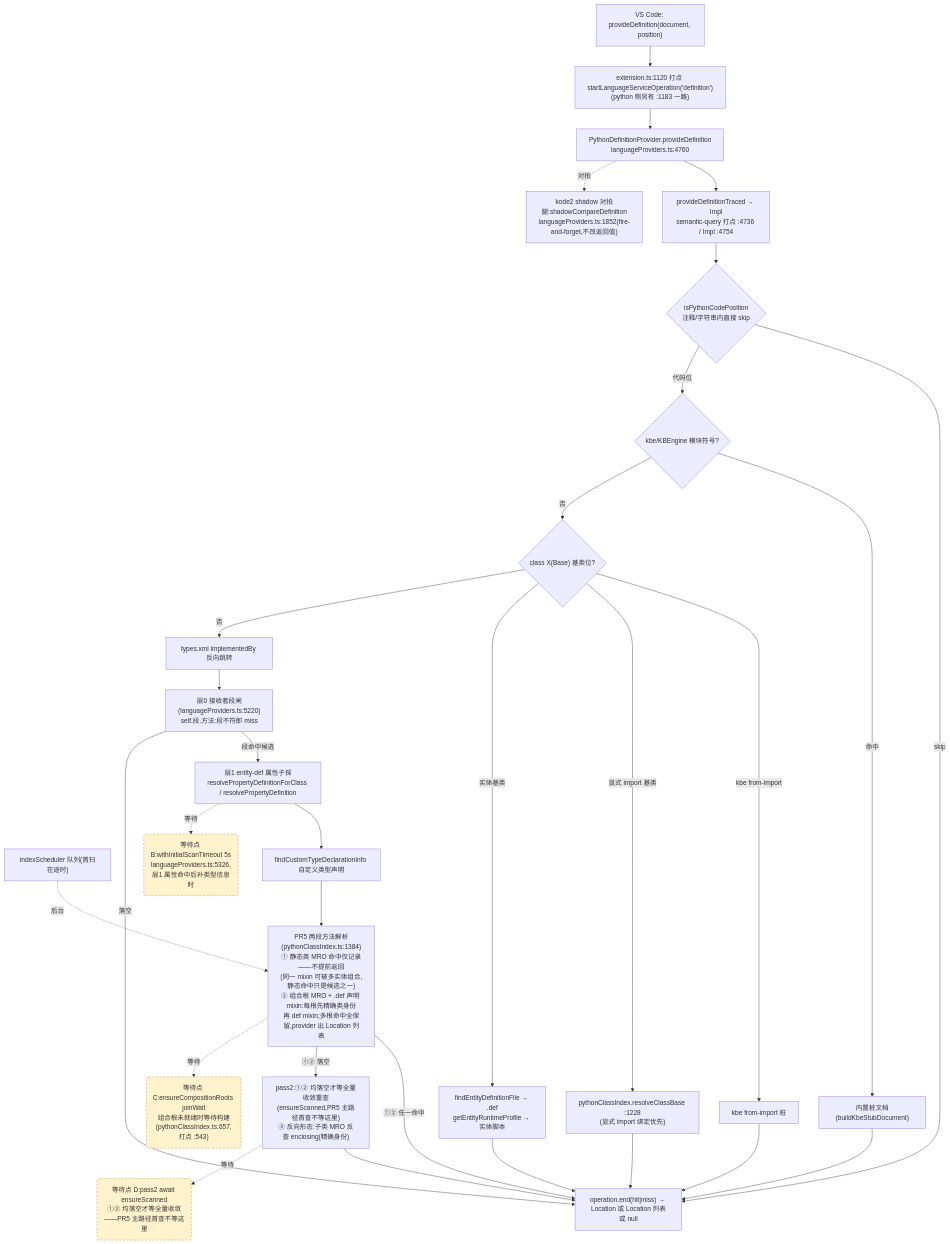
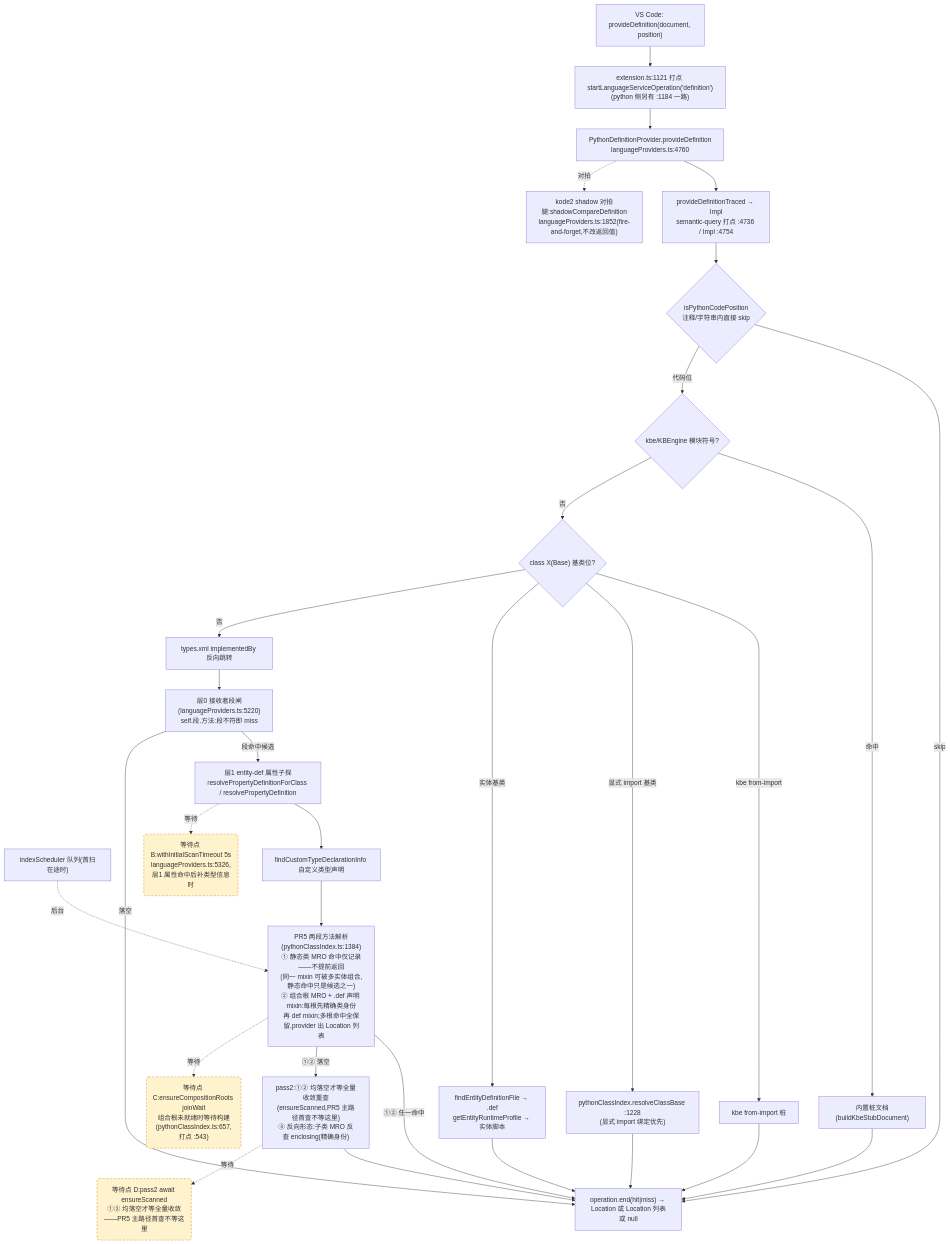
The second of 4 diagrams in docs/perf/2026-baseline.md (cuihairu/kode), drawn with Mermaid before and after one commit. The commit also changed other lines of this file and 2 other files, not shown here.

Commit message:
docs(live): commands.md section for exception source jump; reconcile perf baseline and call-chain anchors after extension.ts import shift (IDE-LIV-007)

````diff
--- a/docs/perf/2026-baseline.md
+++ b/docs/perf/2026-baseline.md
@@ -130,51 +130,51 @@
 ```mermaid
 flowchart TD
   VC2["VS Code: provideDefinition(document, position)"]
-  M2["extension.ts:1120 打点 startLanguageServiceOperation('definition')<br/>(python 侧另有 :1183 一路)"]
+  M2["extension.ts:1121 打点 startLanguageServiceOperation('definition')<br/>(python 侧另有 :1184 一路)"]
   AD2["PythonDefinitionProvider.provideDefinition<br/>languageProviders.ts:4760"]
   TR["provideDefinitionTraced → Impl<br/>semantic-query 打点 :4736 / Impl :4754"]
   CTX{"isPythonCodePosition<br/>注释/字符串内直接 skip"}
   KBE{"kbe/KBEngine 模块符号?"}
   STUB["内置桩文档(buildKbeStubDocument)"]
   CB{"class X(Base) 基类位?"}
   CB1["kbe from-import 桩"]
   CB2["pythonClassIndex.resolveClassBase :1228<br/>(显式 import 绑定优先)"]
   CB3["findEntityDefinitionFile → .def<br/>getEntityRuntimeProfile → 实体脚本"]
   REV["types.xml implementedBy 反向跳转"]
   L0["层0 接收者段闸(languageProviders.ts:5220)<br/>self.段.方法:段不符即 miss"]
   L1["层1 entity-def 属性子探<br/>resolvePropertyDefinitionForClass / resolvePropertyDefinition"]
   SCAN["indexScheduler 队列(首扫在途时)"]
   TY["findCustomTypeDeclarationInfo 自定义类型声明"]
   MRO["PR5 两段方法解析(pythonClassIndex.ts:1384)<br/>① 静态类 MRO 命中仅记录——不提前返回<br/>(同一 mixin 可被多实体组合,静态命中只是候选之一)<br/>② 组合根 MRO + .def 声明 mixin:每根先精确类身份<br/>再 def mixin;多根命中全保留,provider 出 Location 列表"]
   PASS2["pass2:①② 均落空才等全量收敛重查<br/>(ensureScanned,PR5 主路径首查不等这里)<br/>③ 反向形态:子类 MRO 反查 enclosing(精确身份)"]
   SHD["kode2 shadow 对拍腿:shadowCompareDefinition<br/>languageProviders.ts:1852(fire-and-forget,不改返回值)"]
   END2["operation.end(hit|miss) → Location 或 Location 列表或 null"]
 
   VC2 --> M2 --> AD2 --> TR --> CTX
   CTX -- "skip" --> END2
   CTX -- "代码位" --> KBE
   KBE -- "命中" --> STUB --> END2
   KBE -- "否" --> CB
   CB -- "kbe from-import" --> CB1 --> END2
   CB -- "显式 import 基类" --> CB2 --> END2
   CB -- "实体基类" --> CB3 --> END2
   CB -- "否" --> REV --> L0
   L0 -- "段命中候选" --> L1
   L0 -- "落空" --> END2
   L1 --> TY
   TY --> MRO
   MRO -- "①② 任一命中" --> END2
   MRO -- "①② 落空" --> PASS2 --> END2
   AD2 -.->|对拍| SHD
 
   WAITB("等待点 B:withInitialScanTimeout 5s<br/>languageProviders.ts:5326,层1 属性命中后补类型信息时")
   WAITC("等待点 C:ensureCompositionRoots joinWait<br/>组合根未就绪时等待构建(pythonClassIndex.ts:657,打点 :543)")
   WAITD("等待点 D:pass2 await ensureScanned<br/>①② 均落空才等全量收敛——PR5 主路径首查不等这里")
   L1 -.->|等待| WAITB
   MRO -.->|等待| WAITC
   PASS2 -.->|等待| WAITD
   SCAN -.->|后台| MRO
 
   classDef waitPoint fill:#fff3cd,stroke:#d97706,stroke-dasharray:5 4;
   class WAITB,WAITC,WAITD waitPoint;
 ```
````
